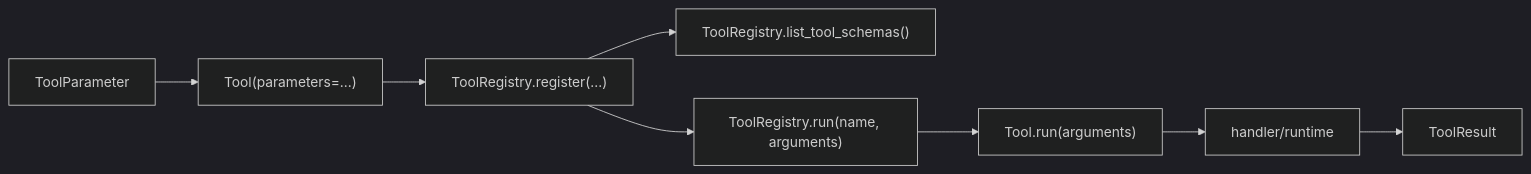
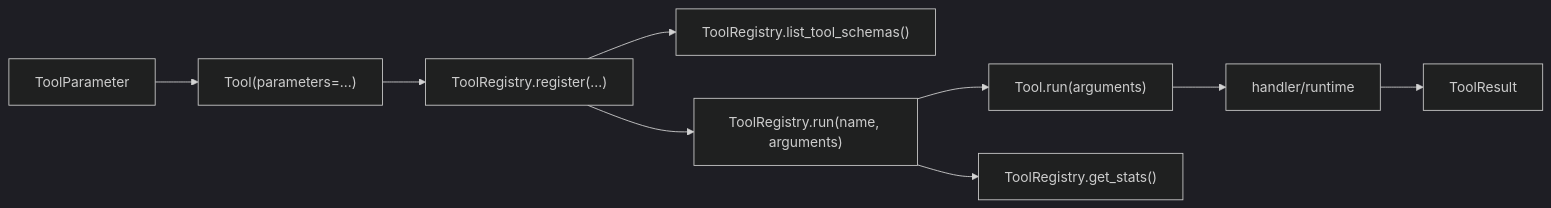
Before and after one commit to nanhanq1/personal-coding-assistant: the sixth of 13 diagrams in docs/12_IMPLEMENTED_ARCHITECTURE_AND_INDUSTRIAL_GAPS.md, drawn with Mermaid (dark theme). The commit also changed other lines of this file and 16 other files, not shown here.

````diff
--- a/docs/12_IMPLEMENTED_ARCHITECTURE_AND_INDUSTRIAL_GAPS.md
+++ b/docs/12_IMPLEMENTED_ARCHITECTURE_AND_INDUSTRIAL_GAPS.md
@@ -208,10 +216,11 @@
 ```mermaid
 flowchart LR
     A["ToolParameter"] --> B["Tool(parameters=...)"]
     B --> C["ToolRegistry.register(...)"]
     C --> D["ToolRegistry.list_tool_schemas()"]
     C --> E["ToolRegistry.run(name, arguments)"]
     E --> F["Tool.run(arguments)"]
     F --> G["handler/runtime"]
     G --> H["ToolResult"]
+    E --> I["ToolRegistry.get_stats()"]
 ```
````
